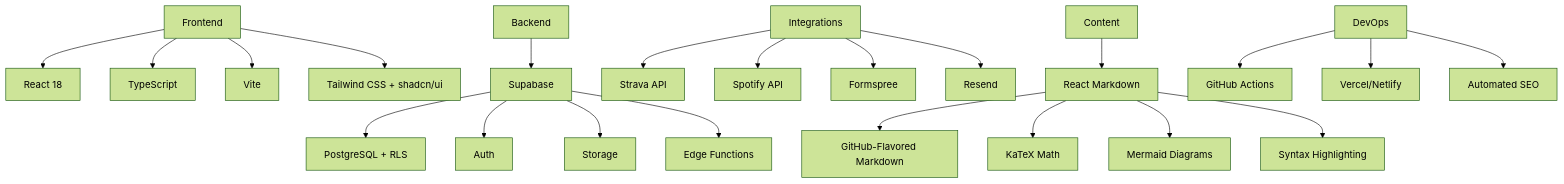
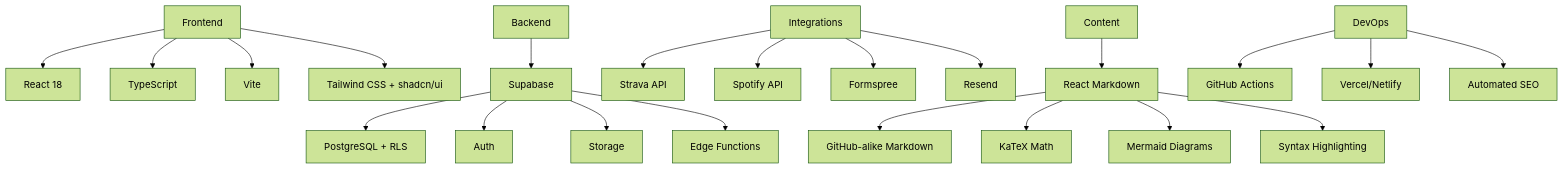
Before and after one commit to imaddde867/imadlab: the diagram in README.md, drawn with Mermaid (forest theme). The commit also changed other lines of this file, not shown here.

Commit message:
fix: update terminology from "GitHub-Flavored" to "GitHub-alike" in README

````diff
--- a/README.md
+++ b/README.md
@@ -47,28 +47,28 @@
 ```mermaid
 graph TD
     A[Frontend] --> B[React 18]
     A --> C[TypeScript]
     A --> D[Vite]
     A --> E[Tailwind CSS + shadcn/ui]
     
     F[Backend] --> G[Supabase]
     G --> H[PostgreSQL + RLS]
     G --> I[Auth]
     G --> J[Storage]
     G --> K[Edge Functions]
     
     L[Integrations] --> M[Strava API]
     L --> N[Spotify API]
     L --> O[Formspree]
     L --> P[Resend]
     
     Q[Content] --> R[React Markdown]
-    R --> S[GitHub-Flavored Markdown]
+    R --> S[GitHub-alike Markdown]
     R --> T[KaTeX Math]
     R --> U[Mermaid Diagrams]
     R --> V[Syntax Highlighting]
     
     W[DevOps] --> X[GitHub Actions]
     W --> Y[Vercel/Netlify]
     W --> Z[Automated SEO]
 ```
````
